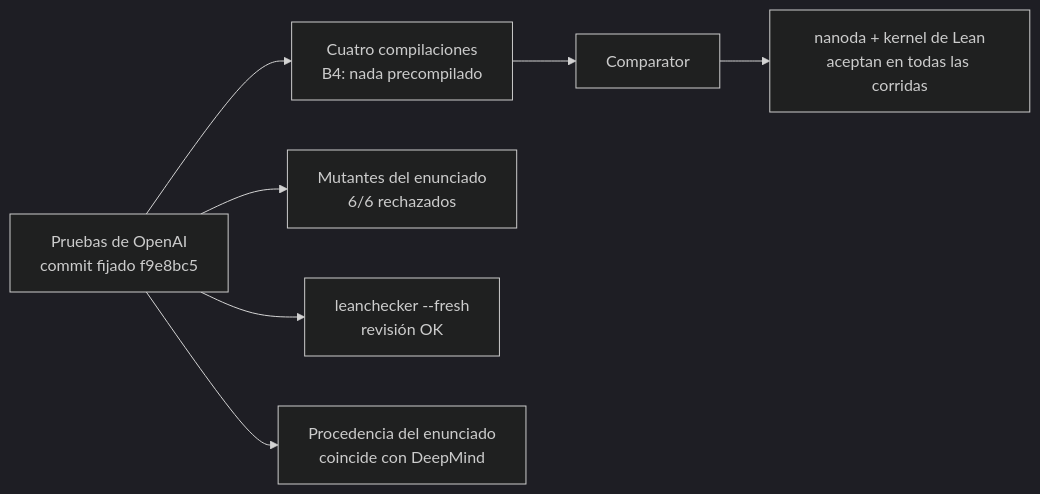
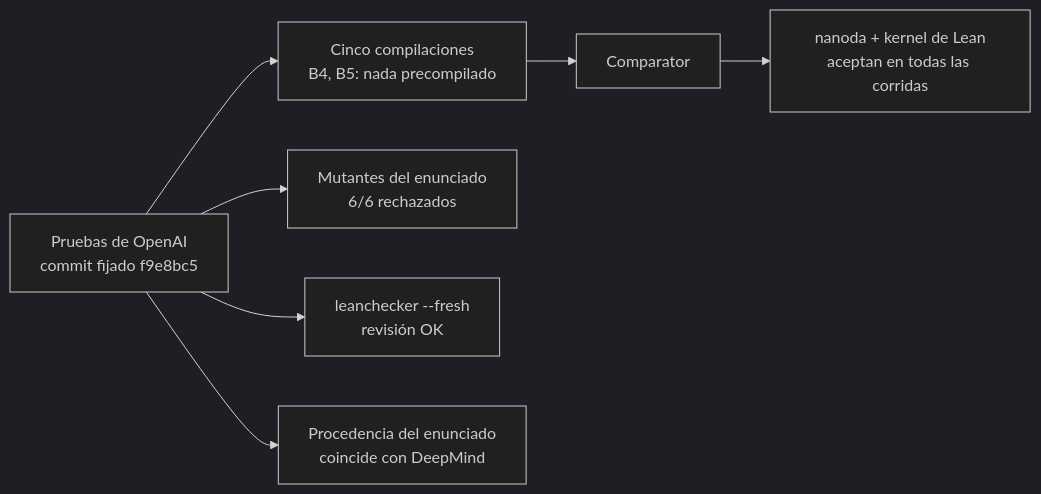
Before and after one commit to criguex/scientific-qa-evidence: the diagram in README.es.md, drawn with Mermaid (dark theme). The commit also changed other lines of this file and 23 other files, not shown here.

````diff
--- a/README.es.md
+++ b/README.es.md
@@ -68,9 +68,9 @@
 ```mermaid
 flowchart LR
-    A[Pruebas de OpenAI<br/>commit fijado f9e8bc5] --> B[Cuatro compilaciones<br/>B4: nada precompilado]
+    A[Pruebas de OpenAI<br/>commit fijado f9e8bc5] --> B[Cinco compilaciones<br/>B4, B5: nada precompilado]
     B --> C[Comparator]
     C --> D[nanoda + kernel de Lean<br/>aceptan en todas las corridas]
     A --> E[Mutantes del enunciado<br/>6/6 rechazados]
     A --> F[leanchecker --fresh<br/>revisión OK]
     A --> G[Procedencia del enunciado<br/>coincide con DeepMind]
 ```
````
